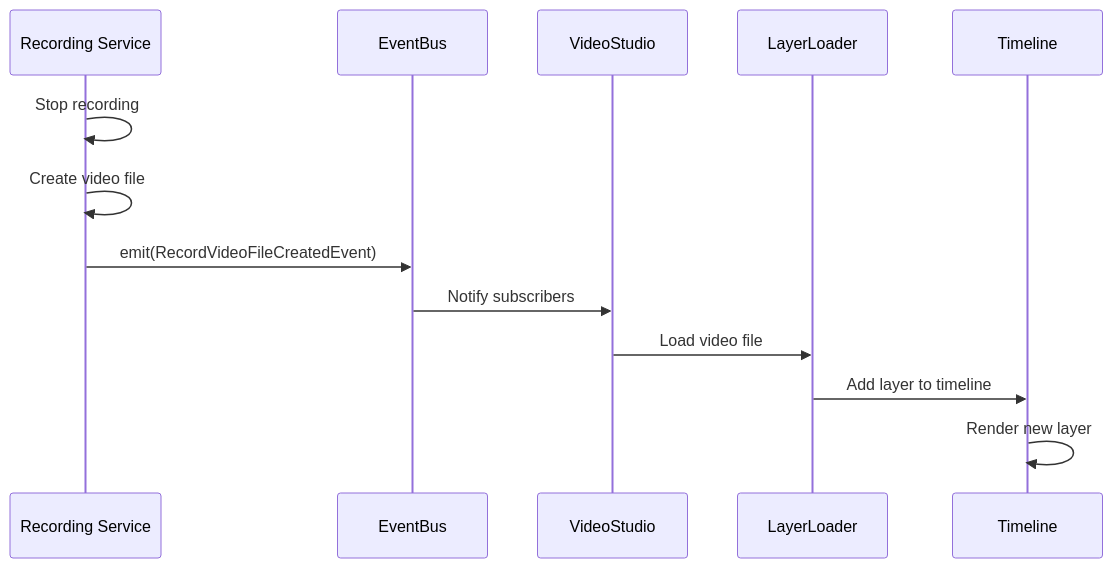
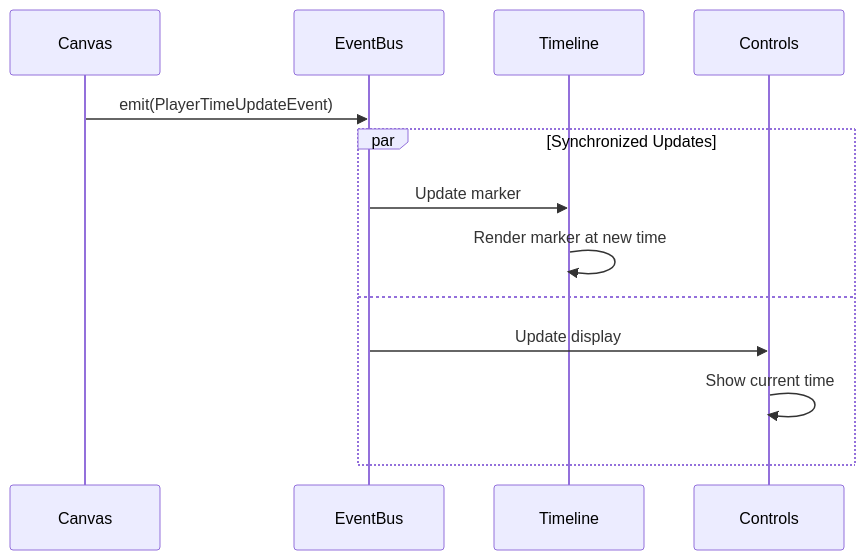
The third of 3 diagrams in docs/architecture/03-event-system.md (apssouza22/web-video-edit), drawn with Mermaid before and after one commit. The commit also changed other lines of this file and 10 other files, not shown here.

Commit message:
Update architecture diagrams

````diff
--- a/docs/architecture/03-event-system.md
+++ b/docs/architecture/03-event-system.md
@@ -383,16 +290,17 @@
 ```mermaid
 sequenceDiagram
-    participant Record as Recording Service
+    participant Canvas
     participant EventBus
-    participant Studio as VideoStudio
-    participant Loader as LayerLoader
     participant Timeline
+    participant Controls
 
-    Record->>Record: Stop recording
-    Record->>Record: Create video file
-    Record->>EventBus: emit(RecordVideoFileCreatedEvent)
-    EventBus->>Studio: Notify subscribers
-    Studio->>Loader: Load video file
-    Loader->>Timeline: Add layer to timeline
-    Timeline->>Timeline: Render new layer
+    Canvas->>EventBus: emit(PlayerTimeUpdateEvent)
+    
+    par Synchronized Updates
+        EventBus->>Timeline: Update marker
+        Timeline->>Timeline: Render marker at new time
+    and
+        EventBus->>Controls: Update display
+        Controls->>Controls: Show current time
+    end
 ```
````
